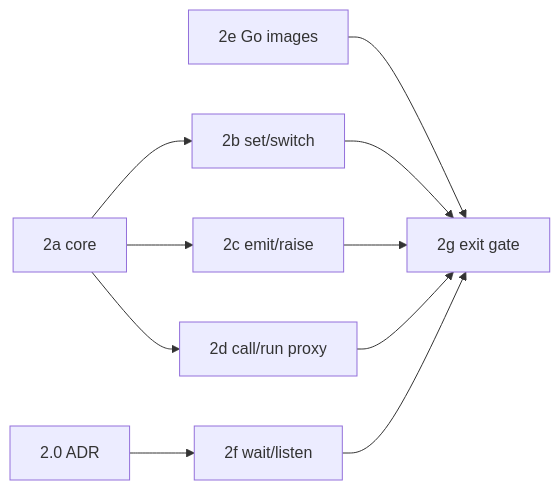
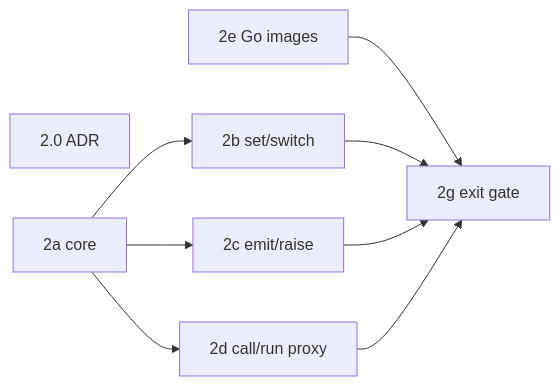
Before and after one commit to tonylibs/dapr-workflow-spec: the second of 3 diagrams in docs/roadmaps/workflow-runtime-architecture-roadmap.md, drawn with Mermaid. The commit also changed other lines of this file, not shown here.

Commit message:
chore(main): update roadmap

````diff
--- a/docs/roadmaps/workflow-runtime-architecture-roadmap.md
+++ b/docs/roadmaps/workflow-runtime-architecture-roadmap.md
@@ -224,12 +225,11 @@
 ```mermaid
 flowchart LR
-  A0["2.0 ADR"] --> F["2f wait/listen"]
+  A0["2.0 ADR"]
   A["2a core"] --> B["2b set/switch"]
   A --> C["2c emit/raise"]
   A --> D["2d call/run proxy"]
   E["2e Go images"] --> G["2g exit gate"]
   B --> G
   C --> G
   D --> G
-  F --> G
 ```
````
